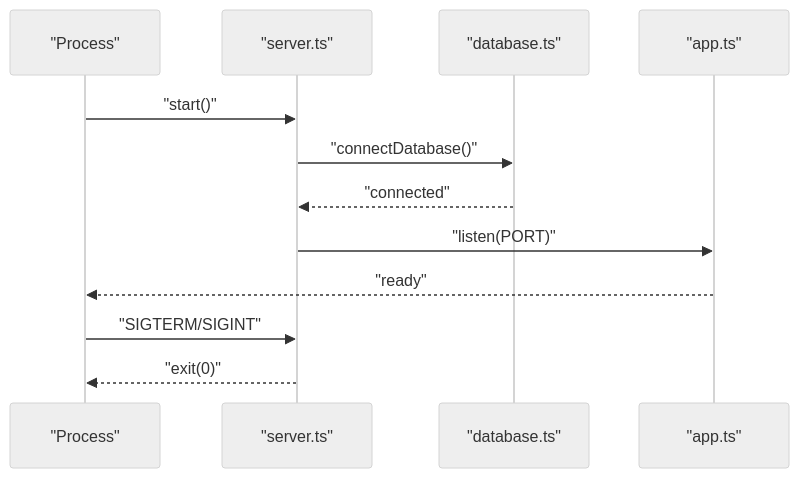
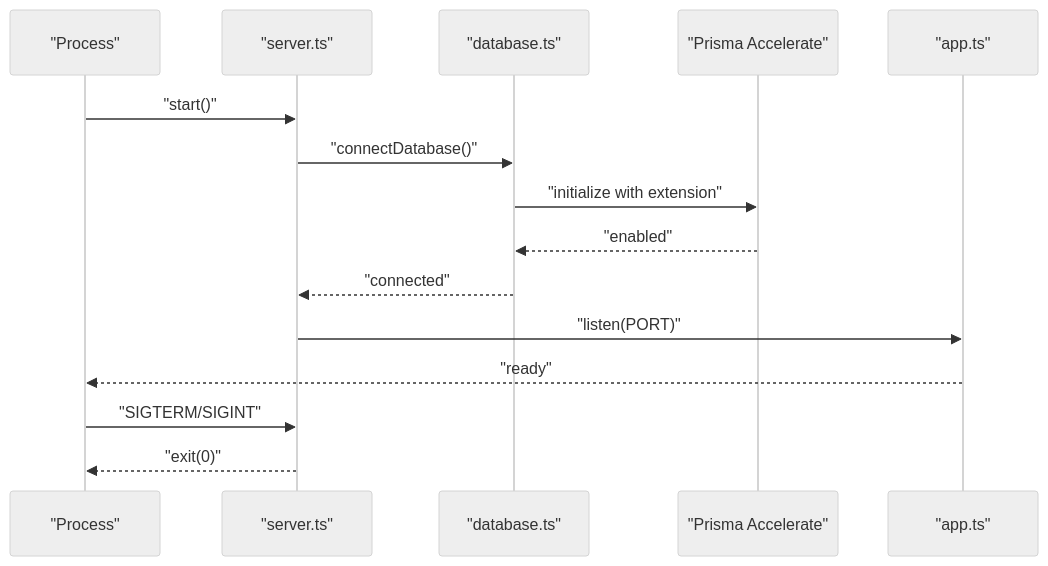
Before and after one commit to Dequeue-Tech/DeQ-Bite: the third of 11 diagrams in .qoder/repowiki/en/content/Backend System/Backend Architecture.md, drawn with Mermaid (neutral theme). The commit also changed other lines of this file and 25 other files, not shown here.

````diff
--- a/.qoder/repowiki/en/content/Backend System/Backend Architecture.md
+++ b/.qoder/repowiki/en/content/Backend System/Backend Architecture.md
@@ -141,14 +159,17 @@
 ```mermaid
 sequenceDiagram
 participant Proc as "Process"
 participant Server as "server.ts"
 participant DB as "database.ts"
+participant Cache as "Prisma Accelerate"
 participant App as "app.ts"
 Proc->>Server : "start()"
 Server->>DB : "connectDatabase()"
+DB->>Cache : "initialize with extension"
+Cache-->>DB : "enabled"
 DB-->>Server : "connected"
 Server->>App : "listen(PORT)"
 App-->>Proc : "ready"
 Proc->>Server : "SIGTERM/SIGINT"
 Server-->>Proc : "exit(0)"
 ```
````
